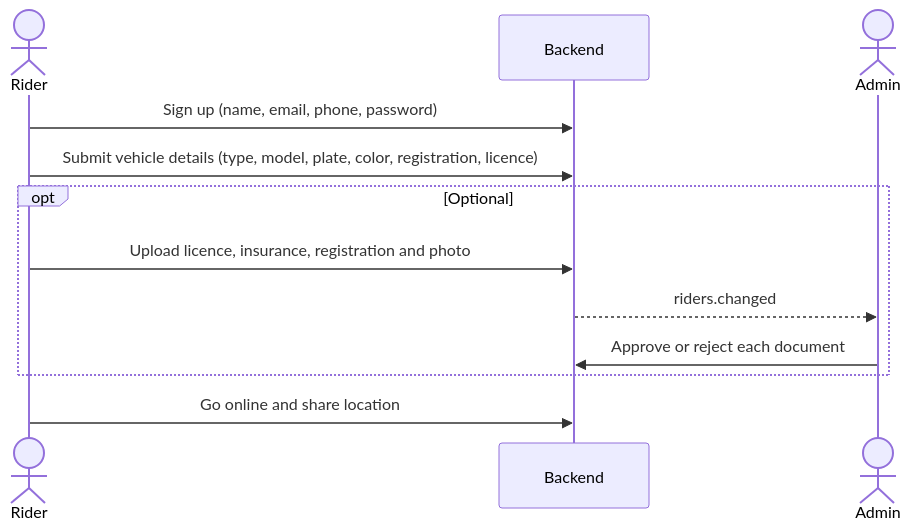
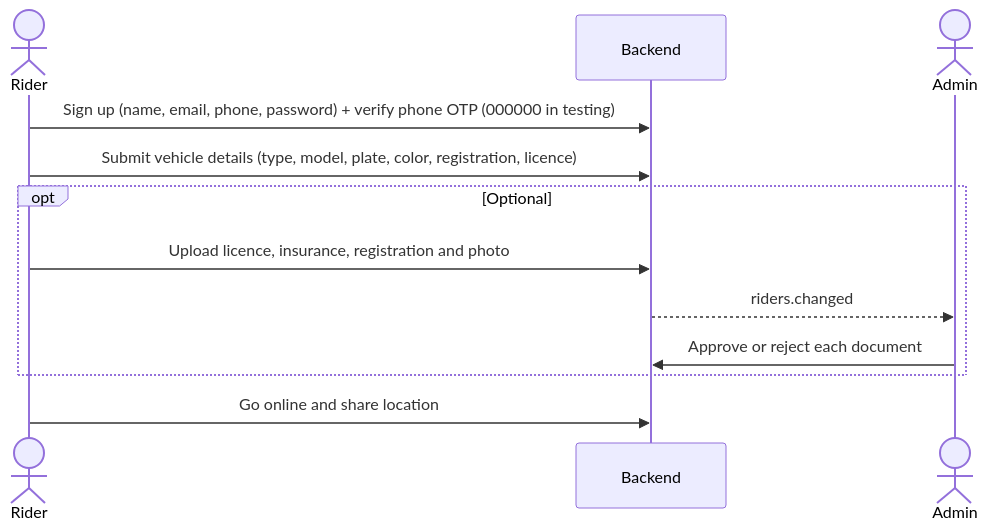
The second of 4 diagrams in Docs/Plan.md (TanvirMahmudTushar/Deep-Learning-Based-Ride-Sharing-System), drawn with Mermaid before and after one commit. The commit also changed other lines of this file and 10 other files, not shown here.

Commit message:
feat: reinstate phone OTP verification during registration

````diff
--- a/Docs/Plan.md
+++ b/Docs/Plan.md
@@ -63,14 +65,14 @@
 ```mermaid
 sequenceDiagram
   actor Rider
   participant API as Backend
   actor Admin
-  Rider->>API: Sign up (name, email, phone, password)
+  Rider->>API: Sign up (name, email, phone, password) + verify phone OTP (000000 in testing)
   Rider->>API: Submit vehicle details (type, model, plate, color, registration, licence)
   opt Optional
     Rider->>API: Upload licence, insurance, registration and photo
     API-->>Admin: riders.changed
     Admin->>API: Approve or reject each document
   end
   Rider->>API: Go online and share location
 ```
````
